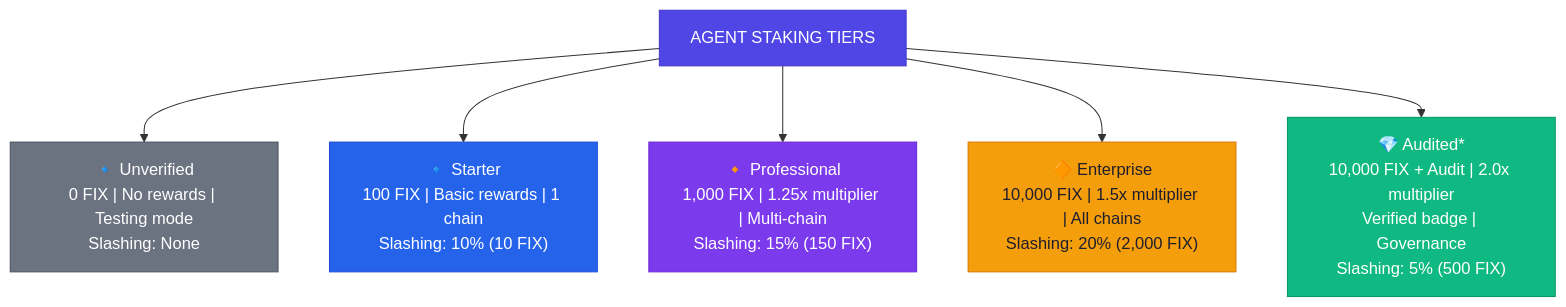
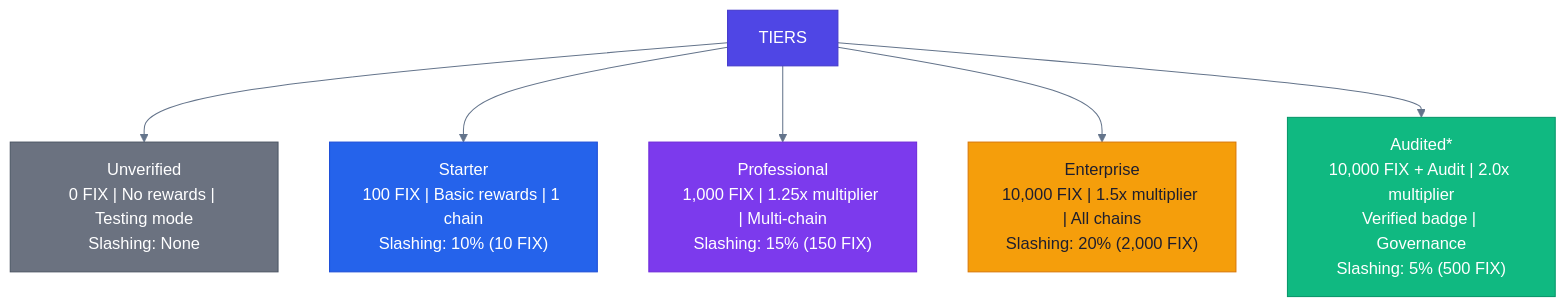
The fourth of 11 diagrams in docs/MARKET_SENTIMENT_ANALYSIS.md (guglxni/the-fixer-hook), drawn with Mermaid before and after one commit. The commit also changed other lines of this file and 514 other files, not shown here.

Commit message:
Clean docs: remove emojis, add professional mermaid styling

````diff
--- a/docs/MARKET_SENTIMENT_ANALYSIS.md
+++ b/docs/MARKET_SENTIMENT_ANALYSIS.md
@@ -180,16 +170,15 @@
 ```mermaid
+%%{init: {'theme': 'neutral', 'themeVariables': { 'primaryColor': '#2563eb', 'primaryTextColor': '#1e293b', 'primaryBorderColor': '#3b82f6', 'lineColor': '#64748b', 'secondaryColor': '#f1f5f9', 'tertiaryColor': '#e2e8f0'}}}%%
 flowchart TD
-    TIERS["AGENT STAKING TIERS"]
-    TIERS --> T0["🔹 Unverified\n0 FIX | No rewards | Testing mode\nSlashing: None"]
-    TIERS --> T1["🔹 Starter\n100 FIX | Basic rewards | 1 chain\nSlashing: 10% (10 FIX)"]
-    TIERS --> T2["🔸 Professional\n1,000 FIX | 1.25x multiplier | Multi-chain\nSlashing: 15% (150 FIX)"]
-    TIERS --> T3["🔶 Enterprise\n10,000 FIX | 1.5x multiplier | All chains\nSlashing: 20% (2,000 FIX)"]
-    TIERS --> T4["💎 Audited*\n10,000 FIX + Audit | 2.0x multiplier\nVerified badge | Governance\nSlashing: 5% (500 FIX)"]
-
+    TIERS --> T0[" Unverified\n0 FIX | No rewards | Testing mode\nSlashing: None"]
+    TIERS --> T1[" Starter\n100 FIX | Basic rewards | 1 chain\nSlashing: 10% (10 FIX)"]
+    TIERS --> T2[" Professional\n1,000 FIX | 1.25x multiplier | Multi-chain\nSlashing: 15% (150 FIX)"]
+    TIERS --> T3[" Enterprise\n10,000 FIX | 1.5x multiplier | All chains\nSlashing: 20% (2,000 FIX)"]
+    TIERS --> T4[" Audited*\n10,000 FIX + Audit | 2.0x multiplier\nVerified badge | Governance\nSlashing: 5% (500 FIX)"]
     style TIERS fill:#4F46E5,color:#FFFFFF,stroke:#4338CA
     style T0 fill:#6B7280,color:#FFFFFF,stroke:#4B5563
     style T1 fill:#2563EB,color:#FFFFFF,stroke:#1D4ED8
     style T2 fill:#7C3AED,color:#FFFFFF,stroke:#6D28D9
     style T3 fill:#F59E0B,color:#1E1E2E,stroke:#D97706
     style T4 fill:#10B981,color:#FFFFFF,stroke:#059669
 ```
````
